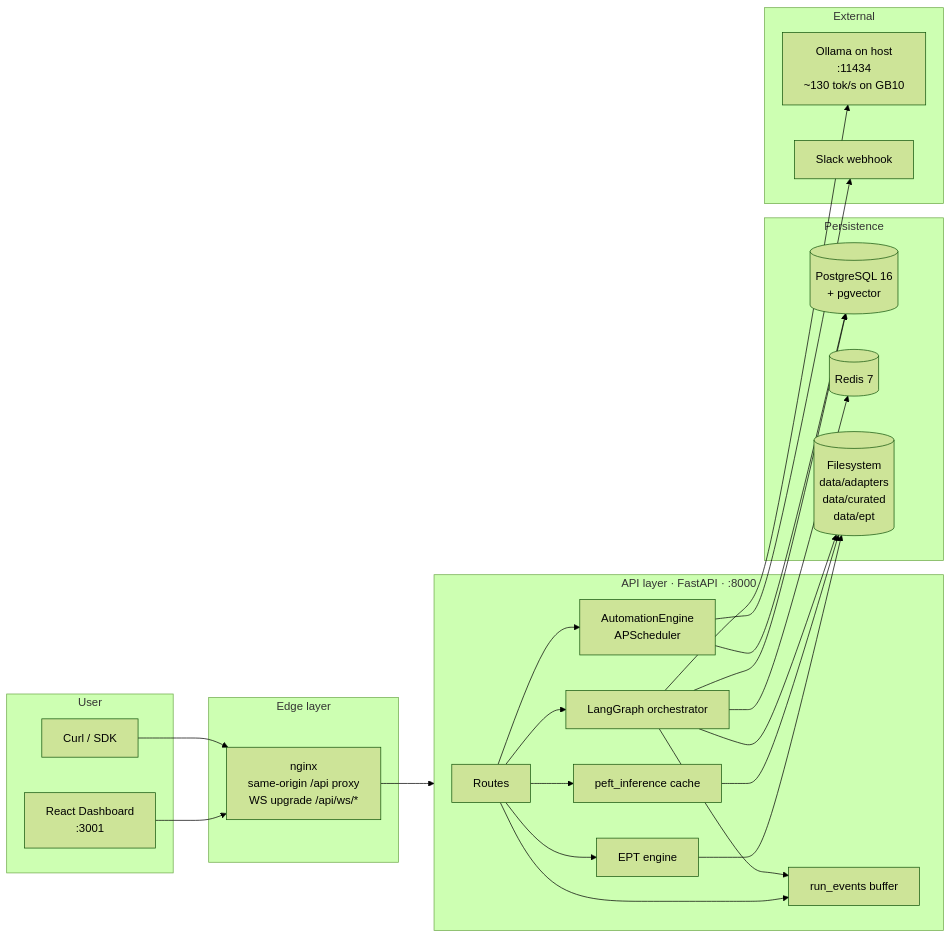
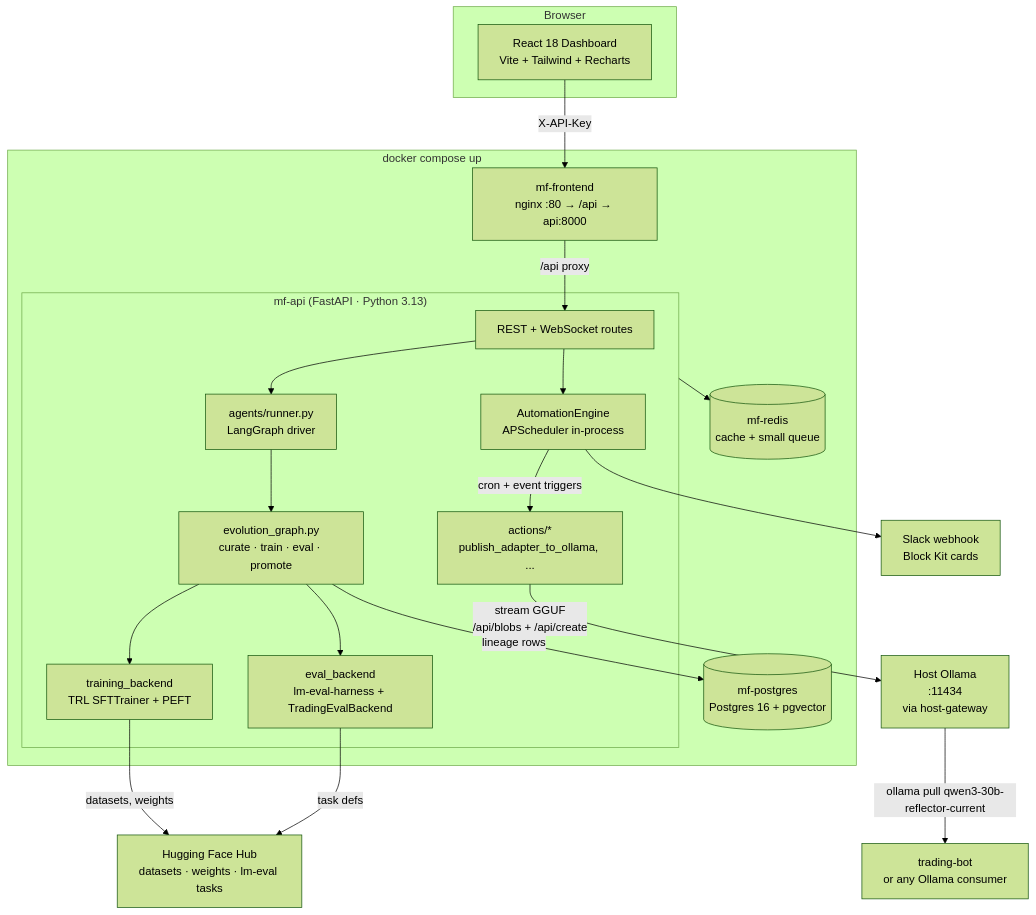
The diagram in README.md (saijayanth888/project-Doze), drawn with Mermaid (forest theme) before and after one commit. The commit also changed other lines of this file and 1 other file, not shown here.

First line of the commit message:
docs(readme): public-launch rewrite — opening, diagrams, comparison, quickstart

````diff
--- a/README.md
+++ b/README.md
@@ -328,49 +123,43 @@
 ```mermaid
-flowchart LR
-    subgraph User
-        UI[React Dashboard<br/>:3001]
-        CLI[Curl / SDK]
+flowchart TB
+    subgraph Browser
+        UI[React 18 Dashboard<br/>Vite + Tailwind + Recharts]
     end
 
-    subgraph Edge[Edge layer]
-        NGINX[nginx<br/>same-origin /api proxy<br/>WS upgrade /api/ws/*]
+    subgraph compose["docker compose up"]
+        subgraph api["mf-api (FastAPI · Python 3.13)"]
+            ROUTES[REST + WebSocket routes]
+            RUNNER[agents/runner.py<br/>LangGraph driver]
+            ENGINE[AutomationEngine<br/>APScheduler in-process]
+            GRAPH[evolution_graph.py<br/>curate · train · eval · promote]
+            TRAIN[training_backend<br/>TRL SFTTrainer + PEFT]
+            EVAL[eval_backend<br/>lm-eval-harness + TradingEvalBackend]
+            ACTIONS[actions/*<br/>publish_adapter_to_ollama, ...]
+        end
+
+        FRONT[mf-frontend<br/>nginx :80 → /api → api:8000]
+        PG[(mf-postgres<br/>Postgres 16 + pgvector)]
+        REDIS[(mf-redis<br/>cache + small queue)]
     end
 
-    subgraph API[API layer · FastAPI · :8000]
-        ROUTES[Routes]
-        ORCH[LangGraph orchestrator]
-        EPT[EPT engine]
-        AUTO[AutomationEngine<br/>APScheduler]
-        EVENTS[run_events buffer]
-        PEFT[peft_inference cache]
-    end
+    HOST_OLLAMA[Host Ollama<br/>:11434<br/>via host-gateway]
+    HF[Hugging Face Hub<br/>datasets · weights · lm-eval tasks]
+    SLACK[Slack webhook<br/>Block Kit cards]
+    CONSUMER[trading-bot<br/>or any Ollama consumer]
 
-    subgraph Stores[Persistence]
-        PG[(PostgreSQL 16<br/>+ pgvector)]
-        REDIS[(Redis 7)]
-        FS[(Filesystem<br/>data/adapters<br/>data/curated<br/>data/ept)]
-    end
-
-    subgraph External[External]
-        OLLAMA[Ollama on host<br/>:11434<br/>~130 tok/s on GB10]
-        SLACK[Slack webhook]
-    end
-
-    UI --> NGINX
-    CLI --> NGINX
-    NGINX --> API
-    ROUTES --> ORCH
-    ROUTES --> EPT
-    ROUTES --> AUTO
-    ROUTES --> EVENTS
-    ROUTES --> PEFT
-    ORCH --> PG
-    ORCH --> EVENTS
-    ORCH --> OLLAMA
-    AUTO --> SLACK
-    AUTO --> PG
-    EPT --> FS
-    PEFT --> FS
-    ORCH --> FS
-    ORCH --> REDIS
+    UI -->|X-API-Key| FRONT
+    FRONT -->|/api proxy| ROUTES
+    ROUTES --> RUNNER
+    ROUTES --> ENGINE
+    ENGINE -->|cron + event triggers| ACTIONS
+    RUNNER --> GRAPH
+    GRAPH --> TRAIN
+    GRAPH --> EVAL
+    GRAPH -->|lineage rows| PG
+    TRAIN -->|datasets, weights| HF
+    EVAL -->|task defs| HF
+    ACTIONS -->|stream GGUF<br/>/api/blobs + /api/create| HOST_OLLAMA
+    ENGINE --> SLACK
+    HOST_OLLAMA -->|ollama pull qwen3-30b-reflector-current| CONSUMER
+    api --> REDIS
 ```
````
